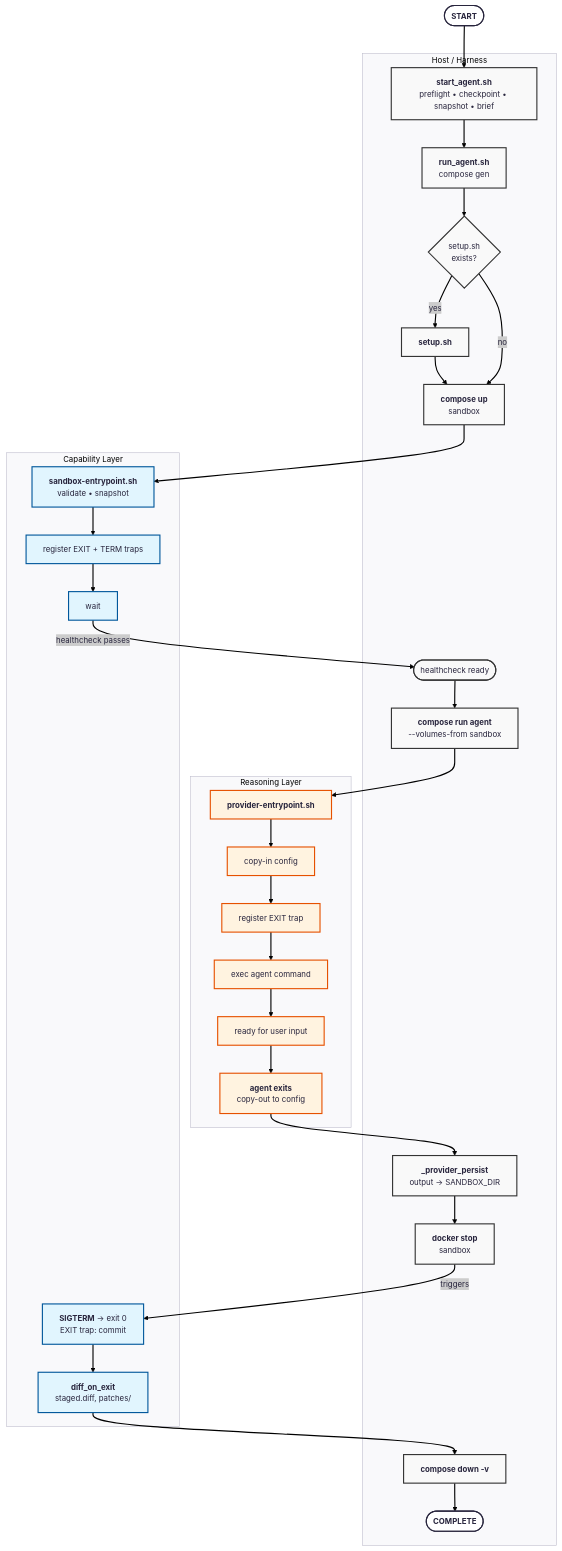
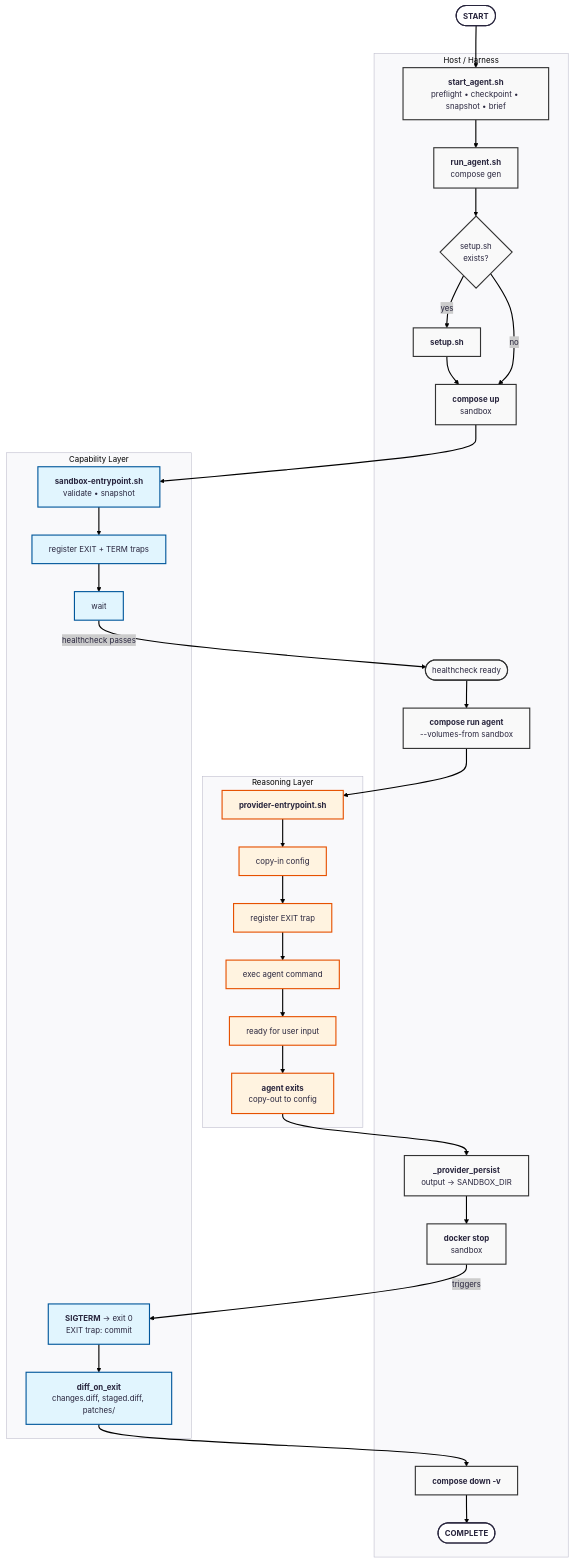
Before and after one commit to yaojiethng/agent-sandbox: the diagram in docs/architecture/execution_model.md, drawn with Mermaid. The commit also changed other lines of this file and 19 other files, not shown here.

````diff
--- a/docs/architecture/execution_model.md
+++ b/docs/architecture/execution_model.md
@@ -118,63 +125,63 @@
 ```mermaid
 ---
 config:
       theme: redux
 ---
 flowchart TD
     %% Global Styles
     classDef host fill:#f9f9f9,stroke:#333,stroke-width:2px;
     classDef cap fill:#e1f5fe,stroke:#01579b;
     classDef rsn fill:#fff3e0,stroke:#e65100;
 
     START([<b>START</b>]) --> SA
 
     subgraph HOST [Host / Harness]
         SA["<b>start_agent.sh</b><br/>preflight • checkpoint • snapshot • brief"]
         RA["<b>run_agent.sh</b><br/>compose gen"]
         DEC{setup.sh<br/>exists?}
         SH["<b>setup.sh</b>"]
         CUS["<b>compose up</b><br/>sandbox"]
         WAIT_HC([healthcheck ready])
         CRA["<b>compose run agent</b><br/>--volumes-from sandbox"]
         PP["<b>_provider_persist</b><br/>output → SANDBOX_DIR"]
         DSS["<b>docker stop</b><br/>sandbox"]
         CDV["<b>compose down -v</b>"]
         END([<b>COMPLETE</b>])
     end
 
     subgraph CAP [Capability Layer]
         SE["<b>sandbox-entrypoint.sh</b><br/>validate • snapshot"]
         TR["register EXIT + TERM traps"]
         WAIT["wait"]
         SIGTERM["<b>SIGTERM</b> → exit 0<br/>EXIT trap: commit"]
-        DIFF["<b>diff_on_exit</b><br/>staged.diff, patches/"]
+        DIFF["<b>diff_on_exit</b><br/>changes.diff, staged.diff, patches/"]
     end
 
     subgraph RSN [Reasoning Layer]
         PE["<b>provider-entrypoint.sh</b>"]
         CI["copy-in config"]
         ET["register EXIT trap"]
         EX["exec agent command"]
         RDY["ready for user input"]
         AE["<b>agent exits</b><br/>copy-out to config"]
     end
 
     %% Logic Flow
     SA --> RA --> DEC
     DEC -- yes --> SH --> CUS
     DEC -- no --> CUS
     CUS --> SE
     SE --> TR --> WAIT
     WAIT -- healthcheck passes --> WAIT_HC
     WAIT_HC --> CRA
     CRA --> PE
     PE --> CI --> ET --> EX --> RDY --> AE
     AE --> PP --> DSS
     DSS -- triggers --> SIGTERM
     SIGTERM --> DIFF --> CDV --> END
 
     %% Apply Styles
     class SA,RA,DEC,SH,CUS,WAIT_HC,CRA,PP,DSS,CDV host;
     class SE,TR,WAIT,SIGTERM,DIFF cap;
     class PE,CI,ET,EX,RDY,AE rsn;
 ```
````
